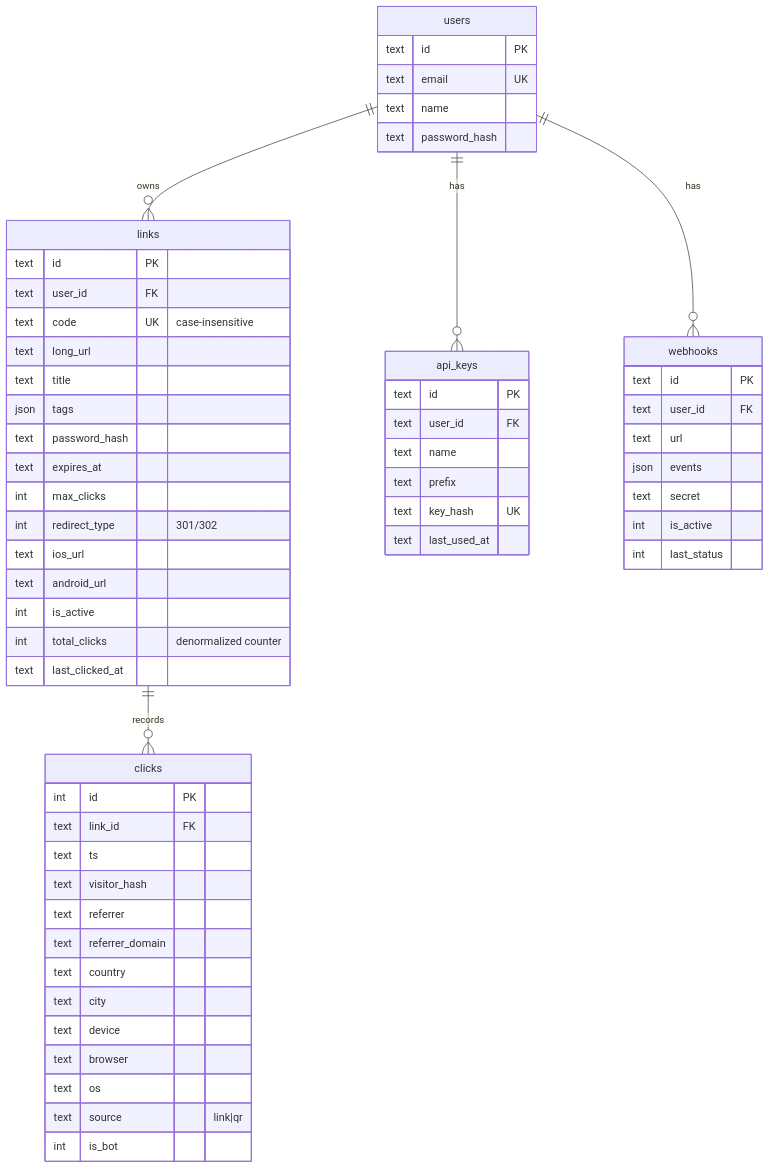
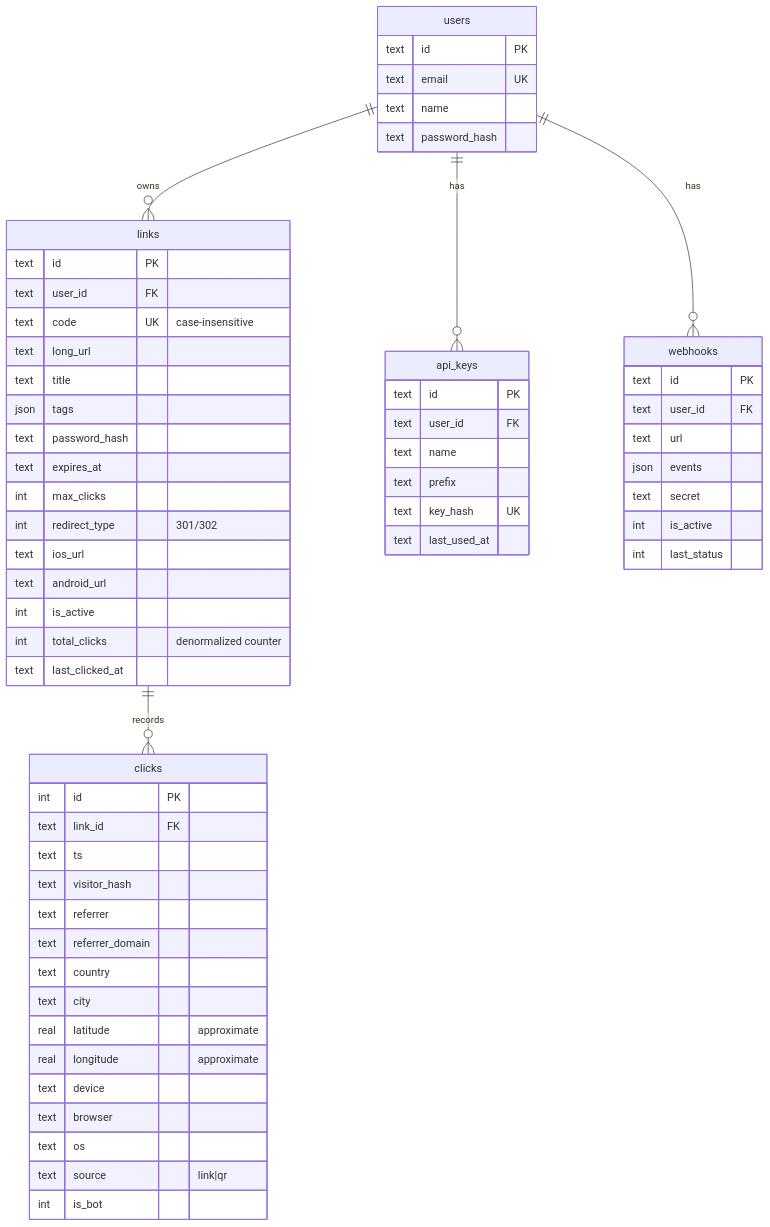
Before and after one commit to bhargavpshah98/linkforge: the second of 2 diagrams in README.md, drawn with Mermaid. The commit also changed other lines of this file and 2 other files, not shown here.

````diff
--- a/README.md
+++ b/README.md
@@ -248,52 +271,54 @@
 ```mermaid
 erDiagram
     users ||--o{ links : owns
     users ||--o{ api_keys : has
     users ||--o{ webhooks : has
     links ||--o{ clicks : records
     users { text id PK
             text email UK
             text name
             text password_hash }
     api_keys { text id PK
             text user_id FK
             text name
             text prefix
             text key_hash UK
             text last_used_at }
     links { text id PK
             text user_id FK
             text code UK "case-insensitive"
             text long_url
             text title
             json tags
             text password_hash
             text expires_at
             int max_clicks
             int redirect_type "301/302"
             text ios_url
             text android_url
             int is_active
             int total_clicks "denormalized counter"
             text last_clicked_at }
     clicks { int id PK
             text link_id FK
             text ts
             text visitor_hash
             text referrer
             text referrer_domain
             text country
             text city
+            real latitude "approximate"
+            real longitude "approximate"
             text device
             text browser
             text os
             text source "link|qr"
             int is_bot }
     webhooks { text id PK
             text user_id FK
             text url
             json events
             text secret
             int is_active
             int last_status }
 ```
````
